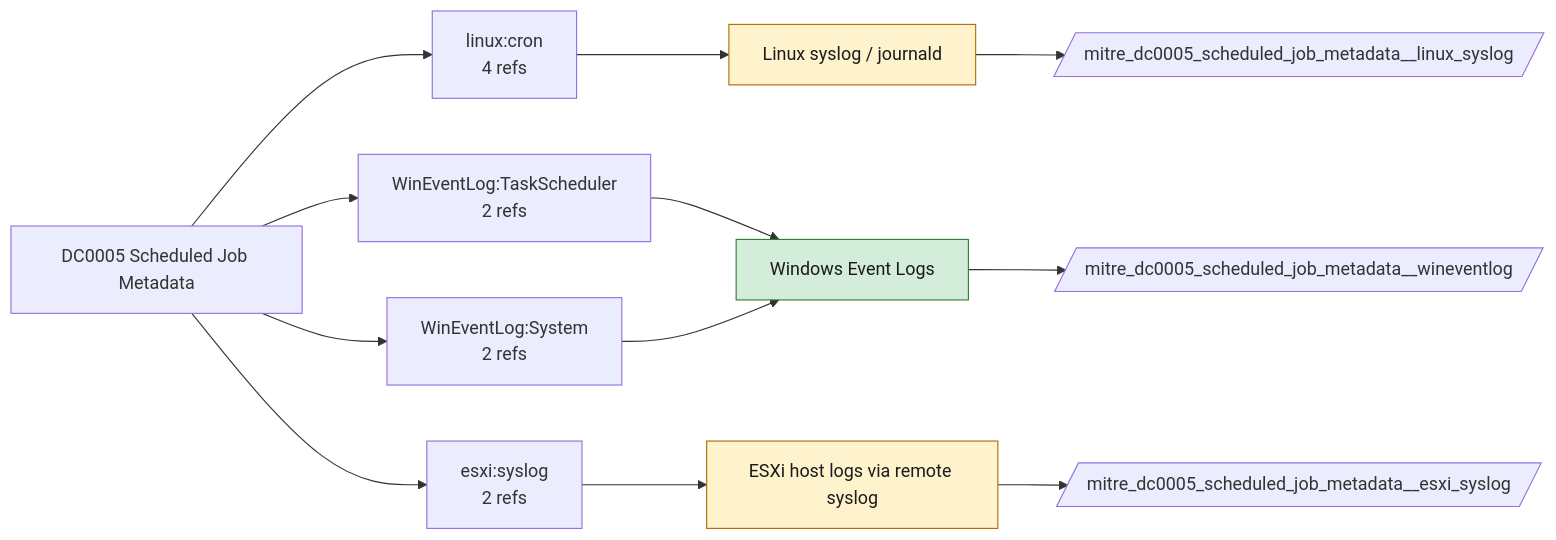
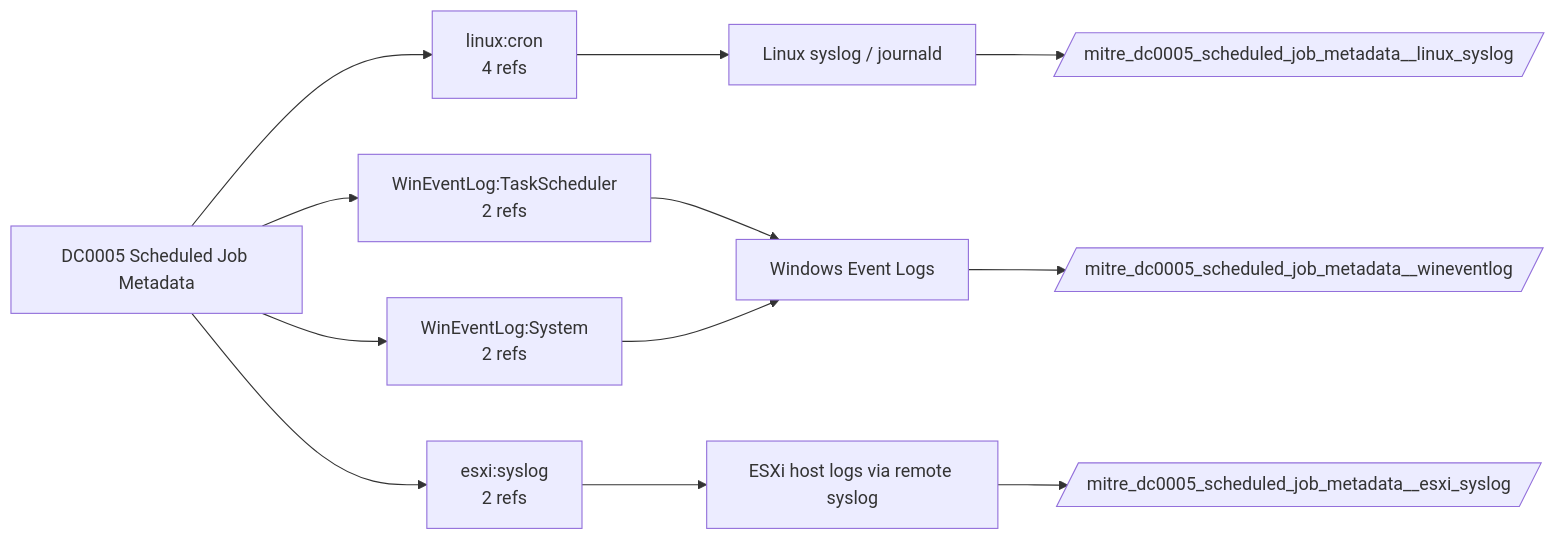
One commit to dev-nobytes-io/mitre-defensive-mappings-spl changed the diagram in docs/data-components/DC0005-scheduled-job-metadata.md. Above: the diagram before and after it, drawn with Mermaid. The commit also changed other lines of this file and 366 other files, not shown here.

````diff
--- a/docs/data-components/DC0005-scheduled-job-metadata.md
+++ b/docs/data-components/DC0005-scheduled-job-metadata.md
@@ -19,23 +19,18 @@
 ```mermaid
 flowchart LR
   DC["DC0005 Scheduled Job Metadata"]
   DC --> LS0["linux:cron<br/>4 refs"]
   F_linux_syslog["Linux syslog / journald"]
   LS0 --> F_linux_syslog
   DC --> LS1["WinEventLog:TaskScheduler<br/>2 refs"]
   F_wineventlog["Windows Event Logs"]
   LS1 --> F_wineventlog
   DC --> LS2["esxi:syslog<br/>2 refs"]
   F_esxi_syslog["ESXi host logs via remote syslog"]
   LS2 --> F_esxi_syslog
   DC --> LS3["WinEventLog:System<br/>2 refs"]
   LS3 --> F_wineventlog
+  F_esxi_syslog --> ET_esxi_syslog[/"mitre_dc0005_scheduled_job_metadata__esxi_syslog"/]
+  F_linux_syslog --> ET_linux_syslog[/"mitre_dc0005_scheduled_job_metadata__linux_syslog"/]
   F_wineventlog --> ET_wineventlog[/"mitre_dc0005_scheduled_job_metadata__wineventlog"/]
-  class F_wineventlog live
-  F_esxi_syslog --> ET_esxi_syslog[/"mitre_dc0005_scheduled_job_metadata__esxi_syslog"/]
-  class F_esxi_syslog ready
-  F_linux_syslog --> ET_linux_syslog[/"mitre_dc0005_scheduled_job_metadata__linux_syslog"/]
-  class F_linux_syslog ready
-  classDef live fill:#d4edda,stroke:#2e7d32,color:#1b1b1b
-  classDef ready fill:#fff3cd,stroke:#b26a00,color:#1b1b1b
 ```
````
